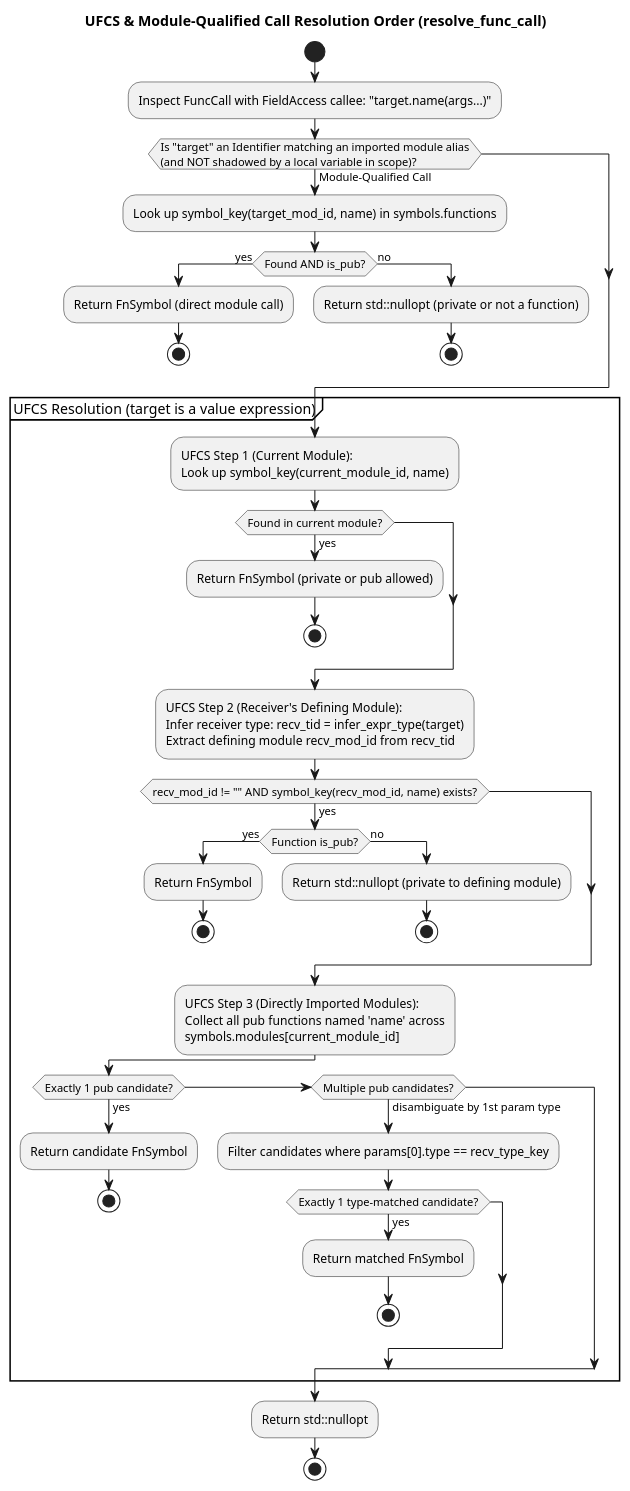
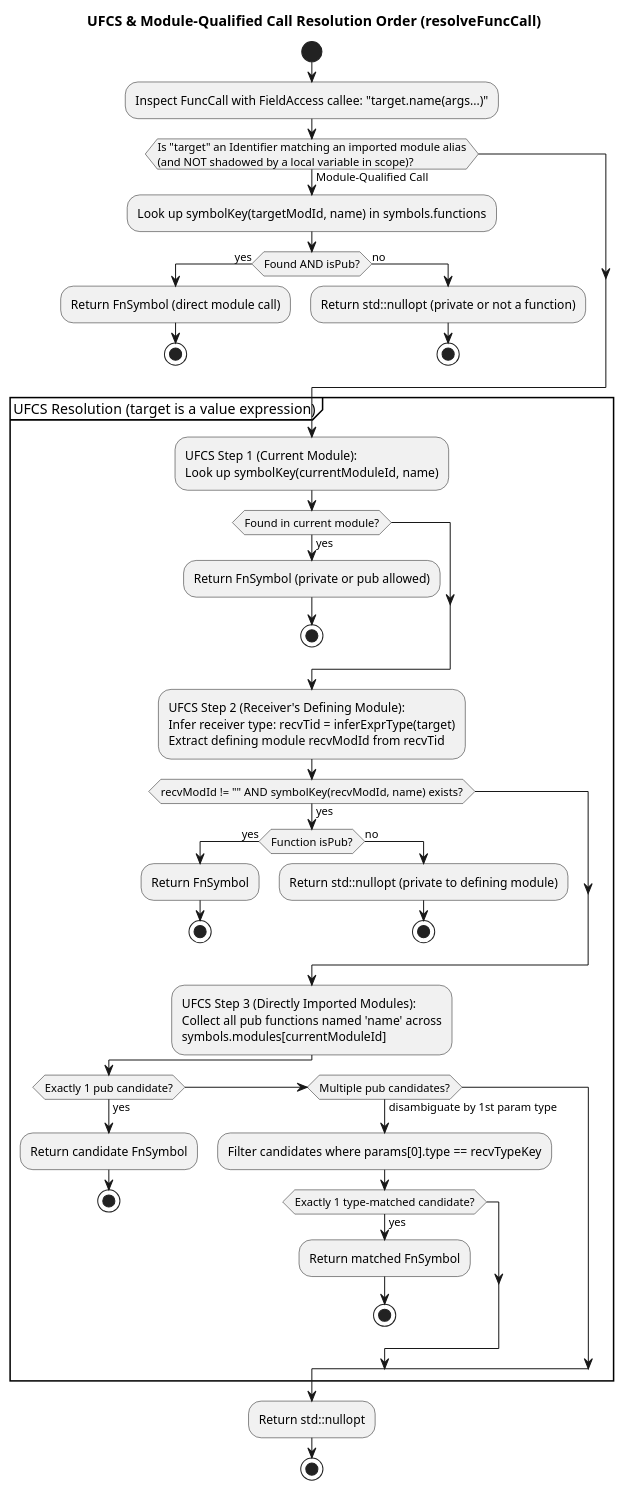
One commit to lawson89/clean_basic changed the second of 2 diagrams in docs/semantic_analyzer.md. Above: the diagram before and after it, drawn with PlantUML. The commit also changed other lines of this file and 46 other files, not shown here.

````diff
--- a/docs/semantic_analyzer.md
+++ b/docs/semantic_analyzer.md
@@ -146,60 +146,60 @@
 ```plantuml
 @startuml
 skinparam monochrome false
-title UFCS & Module-Qualified Call Resolution Order (resolve_func_call)
+title UFCS & Module-Qualified Call Resolution Order (resolveFuncCall)
 
 start
 :Inspect FuncCall with FieldAccess callee: "target.name(args...)";
 
 if (Is "target" an Identifier matching an imported module alias
 (and NOT shadowed by a local variable in scope)?) then (Module-Qualified Call)
-  :Look up symbol_key(target_mod_id, name) in symbols.functions;
-  if (Found AND is_pub?) then (yes)
+  :Look up symbolKey(targetModId, name) in symbols.functions;
+  if (Found AND isPub?) then (yes)
     :Return FnSymbol (direct module call);
     stop
   else (no)
     :Return std::nullopt (private or not a function);
     stop
   endif
 endif
 
 partition "UFCS Resolution (target is a value expression)" {
   :UFCS Step 1 (Current Module):
-  Look up symbol_key(current_module_id, name);
+  Look up symbolKey(currentModuleId, name);
   if (Found in current module?) then (yes)
     :Return FnSymbol (private or pub allowed);
     stop
   endif
 
   :UFCS Step 2 (Receiver's Defining Module):
-  Infer receiver type: recv_tid = infer_expr_type(target)
-  Extract defining module recv_mod_id from recv_tid;
-  if (recv_mod_id != "" AND symbol_key(recv_mod_id, name) exists?) then (yes)
-    if (Function is_pub?) then (yes)
+  Infer receiver type: recvTid = inferExprType(target)
+  Extract defining module recvModId from recvTid;
+  if (recvModId != "" AND symbolKey(recvModId, name) exists?) then (yes)
+    if (Function isPub?) then (yes)
       :Return FnSymbol;
       stop
     else (no)
       :Return std::nullopt (private to defining module);
       stop
     endif
   endif
 
   :UFCS Step 3 (Directly Imported Modules):
   Collect all pub functions named 'name' across
-  symbols.modules[current_module_id];
+  symbols.modules[currentModuleId];
   if (Exactly 1 pub candidate?) then (yes)
     :Return candidate FnSymbol;
     stop
   elseif (Multiple pub candidates?) then (disambiguate by 1st param type)
-    :Filter candidates where params[0].type == recv_type_key;
+    :Filter candidates where params[0].type == recvTypeKey;
     if (Exactly 1 type-matched candidate?) then (yes)
       :Return matched FnSymbol;
       stop
     endif
   endif
 }
 
 :Return std::nullopt;
 stop
 @enduml
 ```
````
